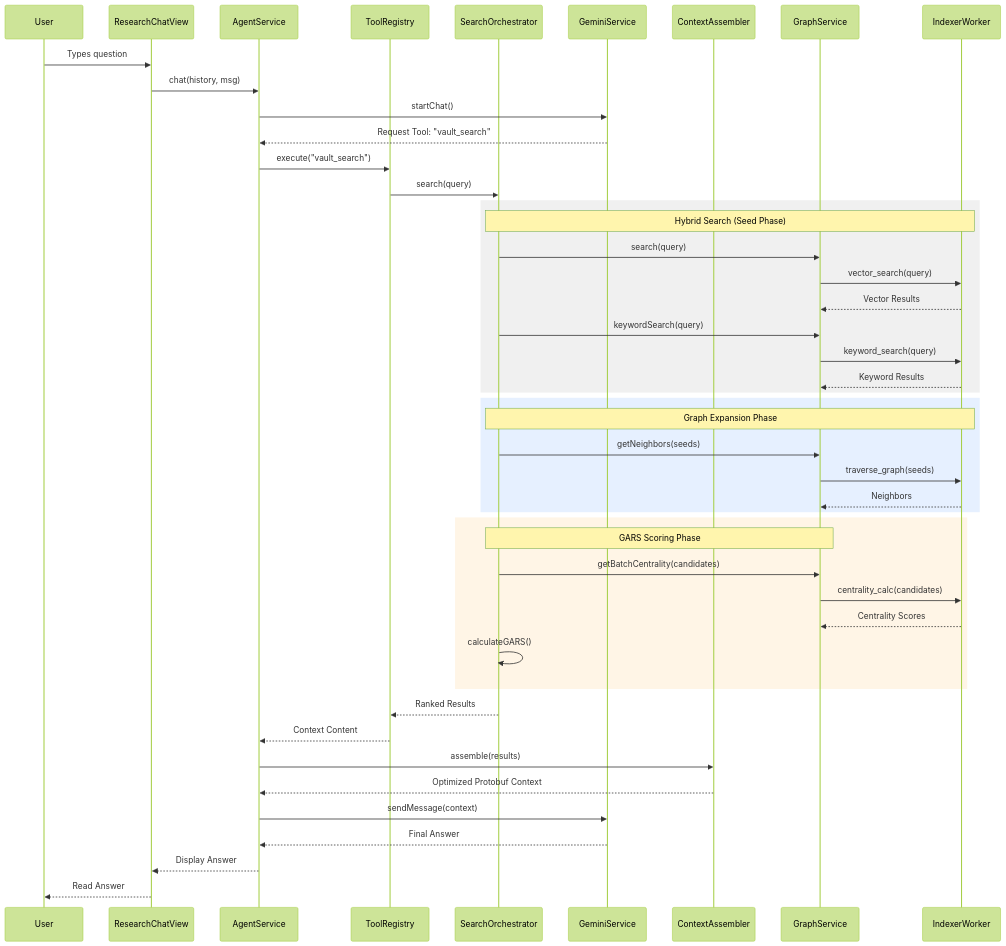
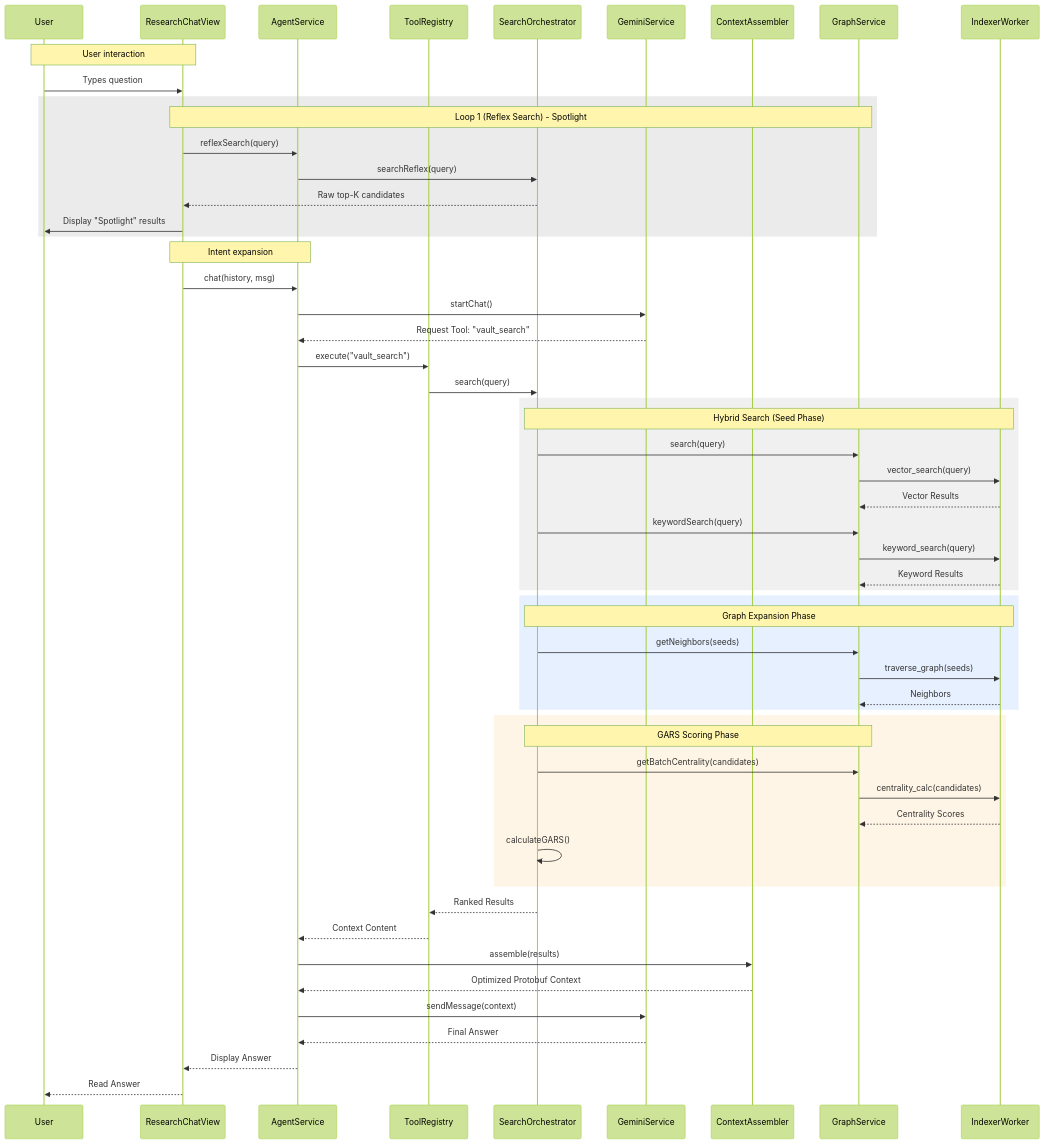
The third of 8 diagrams in devs/ARCHITECTURE.md (cybaea/obsidian-vault-intelligence), drawn with Mermaid (forest theme) before and after one commit. The commit also changed other lines of this file and 25 other files, not shown here.

````diff
--- a/devs/ARCHITECTURE.md
+++ b/devs/ARCHITECTURE.md
@@ -135,53 +136,64 @@
 ```mermaid
 sequenceDiagram
     participant U as User
     participant V as ResearchChatView
     participant A as AgentService
     participant TR as ToolRegistry
     participant S as SearchOrchestrator
     participant G as GeminiService
     participant CA as ContextAssembler
     participant GS as GraphService
     participant IW as IndexerWorker
 
+    Note over U,V: User interaction
     U->>V: Types question
+    
+    rect rgb(235, 235, 235)
+    Note over V,GS: Loop 1 (Reflex Search) - Spotlight
+    V->>A: reflexSearch(query)
+    A->>S: searchReflex(query)
+    S-->>V: Raw top-K candidates
+    V->>U: Display "Spotlight" results
+    end
+
+    Note over V,A: Intent expansion
     V->>A: chat(history, msg)
     A->>G: startChat()
     G-->>A: Request Tool: "vault_search"
     A->>TR: execute("vault_search")
     TR->>S: search(query)
 
     rect rgb(240, 240, 240)
     Note over S,IW: Hybrid Search (Seed Phase)
     S->>GS: search(query)
     GS->>IW: vector_search(query)
     IW-->>GS: Vector Results
     S->>GS: keywordSearch(query)
     GS->>IW: keyword_search(query)
     IW-->>GS: Keyword Results
     end
 
     rect rgb(230, 240, 255)
     Note over S,IW: Graph Expansion Phase
     S->>GS: getNeighbors(seeds)
     GS->>IW: traverse_graph(seeds)
     IW-->>GS: Neighbors
     end
 
     rect rgb(255, 245, 230)
     Note over S,GS: GARS Scoring Phase
     S->>GS: getBatchCentrality(candidates)
     GS->>IW: centrality_calc(candidates)
     IW-->>GS: Centrality Scores
     S->>S: calculateGARS()
     end
 
     S-->>TR: Ranked Results
     TR-->>A: Context Content
     A->>CA: assemble(results)
     CA-->>A: Optimized Protobuf Context
     A->>G: sendMessage(context)
     G-->>A: Final Answer
     A-->>V: Display Answer
     V-->>U: Read Answer
 ```
````
